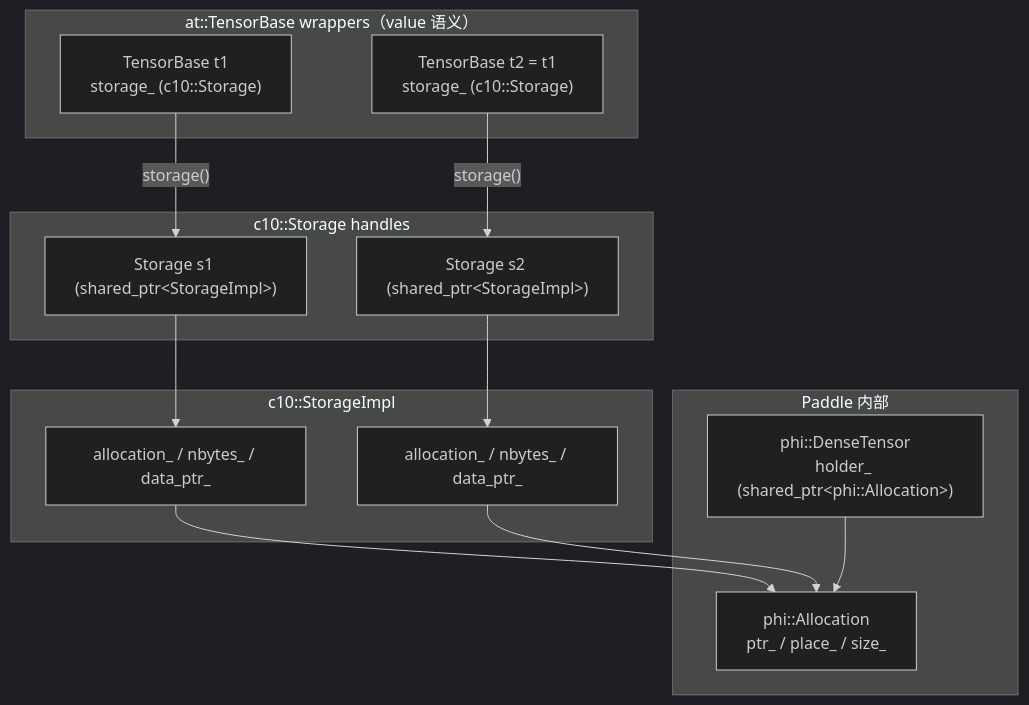
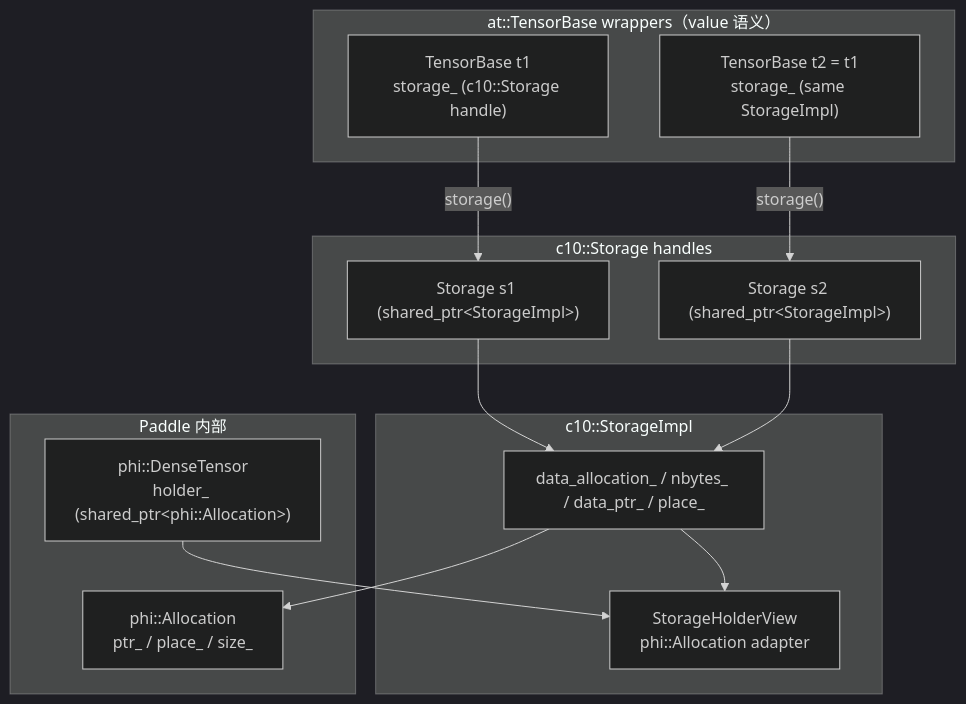
One commit to PFCCLab/PaddleCppAPITest changed the second of 6 diagrams in doc/storage_compat_arch.md. Above: the diagram before and after it, drawn with Mermaid (dark theme). The commit also changed other lines of this file and 8 other files, not shown here.

````diff
--- a/doc/storage_compat_arch.md
+++ b/doc/storage_compat_arch.md
@@ -46,30 +47,30 @@
 ```mermaid
 flowchart TD
     subgraph WRAPPERS["at::TensorBase wrappers（value 语义）"]
-        W1["TensorBase t1\nstorage_ (c10::Storage)"]
-        W2["TensorBase t2 = t1\nstorage_ (c10::Storage)"]
+        W1["TensorBase t1\nstorage_ (c10::Storage handle)"]
+        W2["TensorBase t2 = t1\nstorage_ (same StorageImpl)"]
     end
 
     subgraph STORAGE["c10::Storage handles"]
         S1["Storage s1 (shared_ptr&lt;StorageImpl&gt;)"]
         S2["Storage s2 (shared_ptr&lt;StorageImpl&gt;)"]
     end
 
     subgraph IMPL["c10::StorageImpl"]
-        SI1["allocation_ / nbytes_ / data_ptr_"]
-        SI2["allocation_ / nbytes_ / data_ptr_"]
+        SI["data_allocation_ / nbytes_ / data_ptr_ / place_"]
+        HV["StorageHolderView\nphi::Allocation adapter"]
     end
 
     subgraph PHI["Paddle 内部"]
         DT["phi::DenseTensor\nholder_ (shared_ptr&lt;phi::Allocation&gt;)"]
         ALLOC["phi::Allocation\nptr_ / place_ / size_"]
     end
 
     W1 -->|"storage()"| S1
     W2 -->|"storage()"| S2
-    S1 --> SI1
-    S2 --> SI2
-    SI1 --> ALLOC
-    SI2 --> ALLOC
-    DT --> ALLOC
+    S1 --> SI
+    S2 --> SI
+    SI --> ALLOC
+    SI --> HV
+    DT --> HV
 ```
````
